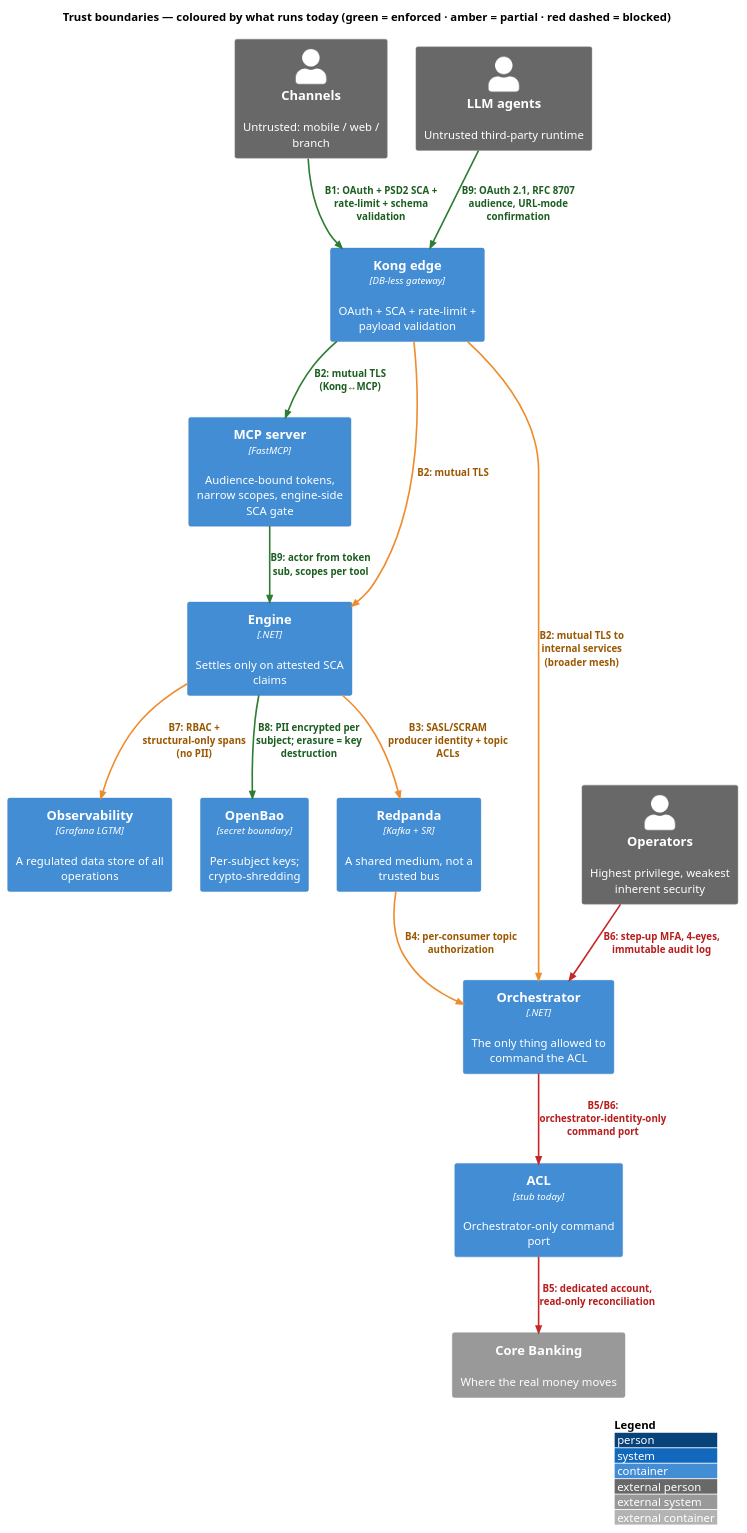
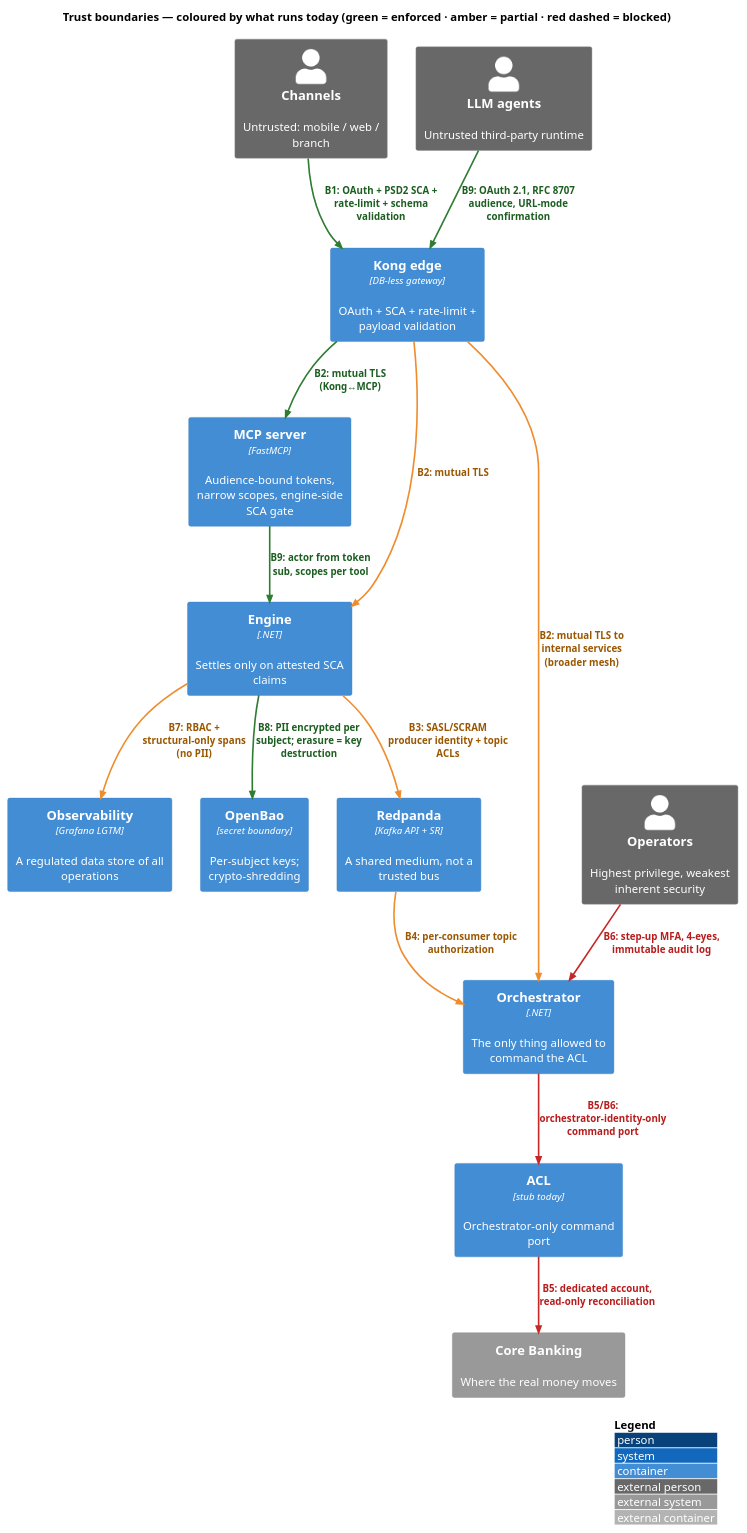
One commit to jhosm/archie changed the diagram in infra/docs/diagrams/trust-boundaries.puml. Above: the diagram before and after it, drawn with PlantUML. The commit also changed 4 other files, not shown here.

First line of the commit message:
docs(infra): name Redpanda as the broker, not "Kafka"

```diff
--- a/infra/docs/diagrams/trust-boundaries.puml
+++ b/infra/docs/diagrams/trust-boundaries.puml
@@ -1,49 +1,49 @@
 @startuml trust-boundaries
 ' Source of truth for the trust-boundary diagram embedded in ../security-posture.md.
 ' Regenerate the SVG with:
 '   plantuml -tsvg infra/docs/diagrams/trust-boundaries.puml
 ' The nine trust boundaries of Document 10, drawn on the runtime estate and
 ' COLOURED BY how much of the control actually runs today. The mechanism + the
 ' precise Live/Planned/Blocked status for each crossing lives in the table in
 ' ../security-posture.md — this picture is the map, that table is the detail.
 !include <C4/C4_Container>
 ' Remote fallback: !include https://raw.githubusercontent.com/plantuml-stdlib/C4-PlantUML/master/C4_Container.puml
 
 ' Each boundary crossing is coloured by how much of its control is enforced today.
 AddRelTag("live",    $lineColor="#2E7D32", $textColor="#1B5E20", $lineThickness=2)
 AddRelTag("partial", $lineColor="#EF8C2E", $textColor="#9A5700", $lineThickness=2)
 AddRelTag("blocked", $lineColor="#C62828", $textColor="#B71C1C", $lineStyle=DashedLine, $lineThickness=2)
 
 LAYOUT_WITH_LEGEND()
 
 title Trust boundaries — coloured by what runs today (green = enforced · amber = partial · red dashed = blocked)
 
 Person_Ext(channels, "Channels", "Untrusted: mobile / web / branch")
 Person_Ext(agents,   "LLM agents", "Untrusted third-party runtime")
 Person_Ext(ops,      "Operators", "Highest privilege, weakest inherent security")
 
 Container(kong, "Kong edge", "DB-less gateway", "OAuth + SCA + rate-limit + payload validation")
 Container(mcp, "MCP server", "FastMCP", "Audience-bound tokens, narrow scopes, engine-side SCA gate")
 Container(orch, "Orchestrator", ".NET", "The only thing allowed to command the ACL")
 Container(engine, "Engine", ".NET", "Settles only on attested SCA claims")
-Container(redpanda, "Redpanda", "Kafka + SR", "A shared medium, not a trusted bus")
+Container(redpanda, "Redpanda", "Kafka API + SR", "A shared medium, not a trusted bus")
 Container(acl, "ACL", "stub today", "Orchestrator-only command port")
 Container(grafana, "Observability", "Grafana LGTM", "A regulated data store of all operations")
 Container(openbao, "OpenBao", "secret boundary", "Per-subject keys; crypto-shredding")
 System_Ext(core, "Core Banking", "Where the real money moves")
 
 Rel(agents, kong, "B9: OAuth 2.1, RFC 8707 audience, URL-mode confirmation", $tags="live")
 Rel(channels, kong, "B1: OAuth + PSD2 SCA + rate-limit + schema validation", $tags="live")
 Rel(kong, mcp, "B2: mutual TLS (Kong↔MCP)", $tags="live")
 Rel(kong, orch, "B2: mutual TLS to internal services (broader mesh)", $tags="partial")
 Rel(kong, engine, "B2: mutual TLS", $tags="partial")
 Rel(mcp, engine, "B9: actor from token sub, scopes per tool", $tags="live")
 Rel(engine, redpanda, "B3: SASL/SCRAM producer identity + topic ACLs", $tags="partial")
 Rel(redpanda, orch, "B4: per-consumer topic authorization", $tags="partial")
 Rel(orch, acl, "B5/B6: orchestrator-identity-only command port", $tags="blocked")
 Rel(acl, core, "B5: dedicated account, read-only reconciliation", $tags="blocked")
 Rel(ops, orch, "B6: step-up MFA, 4-eyes, immutable audit log", $tags="blocked")
 Rel(engine, grafana, "B7: RBAC + structural-only spans (no PII)", $tags="partial")
 Rel(engine, openbao, "B8: PII encrypted per subject; erasure = key destruction", $tags="live")
 
 @enduml
```
